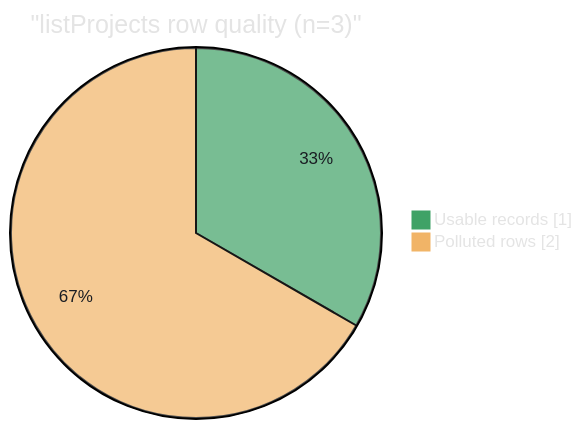
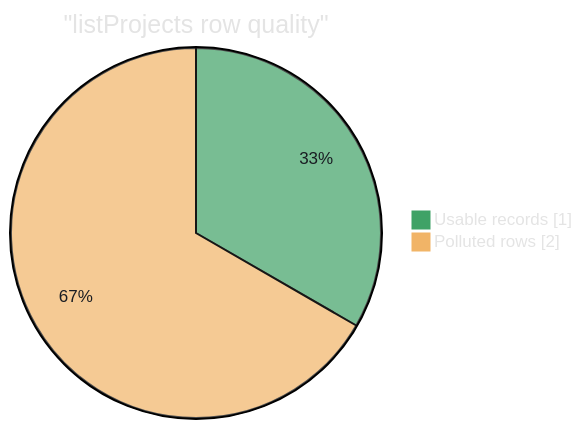
One commit to mrzmyr/agent-plugin changed the tenth of 10 diagrams in skills/create-mermaid/README.md. Above: the diagram before and after it, drawn with Mermaid. The commit also changed other lines of this file, not shown here.

First line of the commit message:
Show without-skill and with-skill mermaid pairs in the README.

````diff
--- a/skills/create-mermaid/README.md
+++ b/skills/create-mermaid/README.md
@@ -116,7 +210,7 @@
 ```mermaid
 %%{init: {'theme': 'base', 'themeVariables': {'primaryColor': '#181818', 'primaryTextColor': '#E4E4E4', 'primaryBorderColor': '#E4E4E433', 'lineColor': '#E4E4E48D', 'pie1': '#3FA266', 'pie2': '#F1B467', 'pieTitleTextColor': '#E4E4E4', 'pieSectionTextColor': '#191c22', 'pieLegendTextColor': '#E4E4E4'}}}%%
 pie showData
-  title "listProjects row quality (n=3)"
+  title "listProjects row quality"
   "Usable records" : 1
   "Polluted rows" : 2
 ```
````
